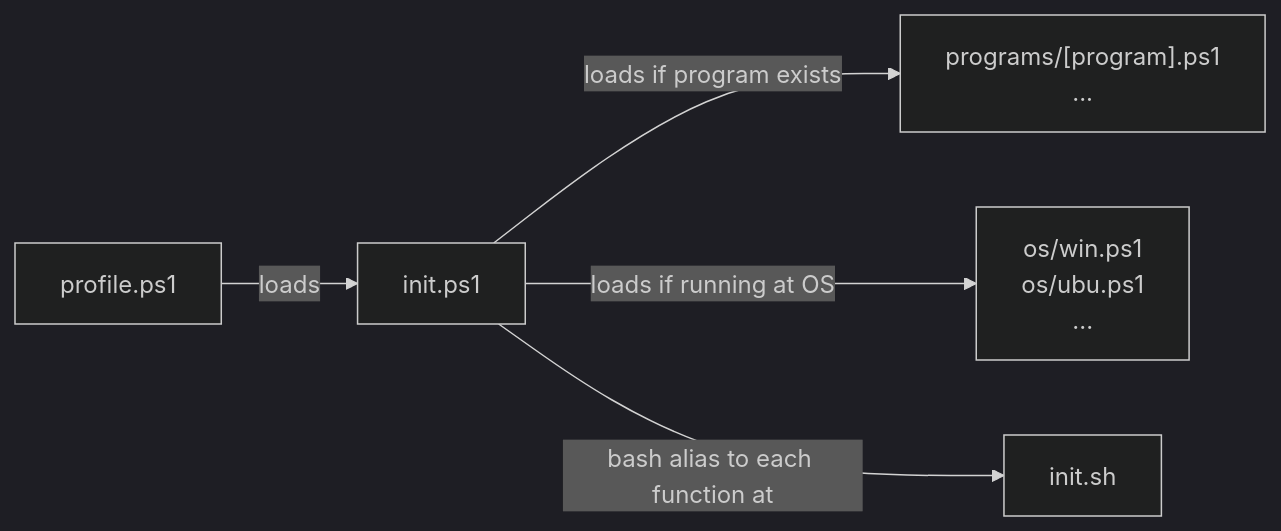
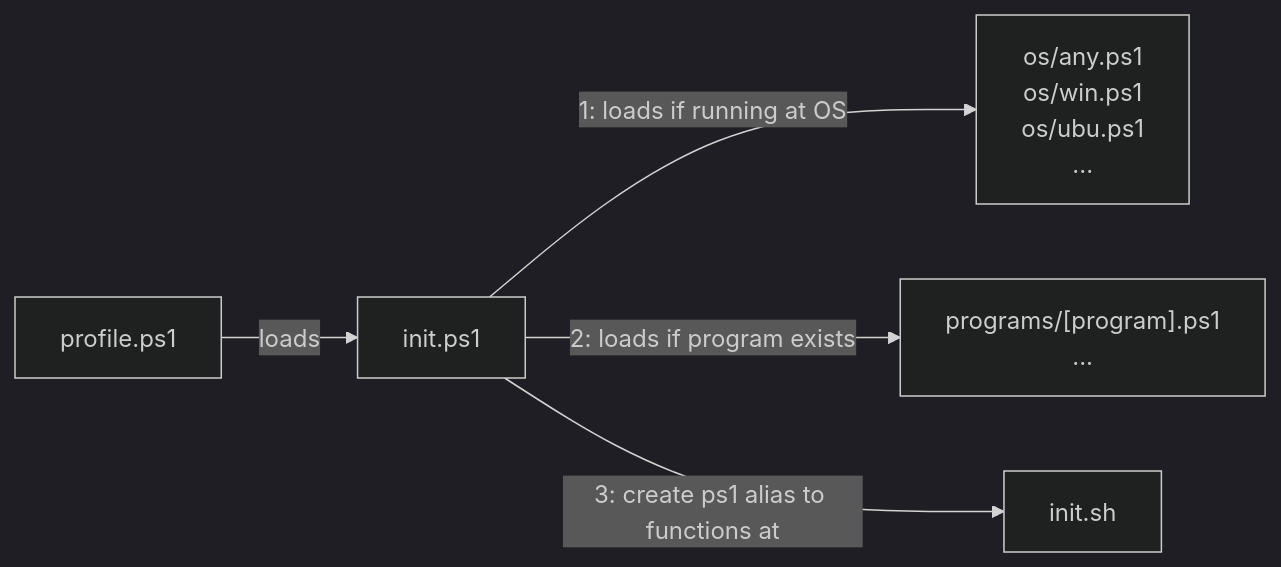
Before and after one commit to alanlivio/ps-sh-helpers: the second of 2 diagrams in README.md, drawn with Mermaid. The commit also changed other lines of this file, not shown here.

````diff
--- a/README.md
+++ b/README.md
@@ -29,21 +34,22 @@
 ```mermaid
 %%{init: {'theme':'dark'}}%%
 flowchart LR
     psprofile["profile.ps1"]
     ps-init["init.ps1"]
     sh-init["init.sh"]
     program-dependent["
         programs/[program].ps1
         ...
     "]
     OS-dependent["
+        os/any.ps1
         os/win.ps1
         os/ubu.ps1
         ...
     "]
 
     psprofile--> |"loads"| ps-init
-    ps-init --> |"loads if program exists"| program-dependent
-    ps-init --> |"loads if running at OS"| OS-dependent
-    ps-init --> |"bash alias to each function at"| sh-init
+    ps-init --> |"1: loads if running at OS"| OS-dependent
+    ps-init --> |"2: loads if program exists"| program-dependent
+    ps-init --> |"3: create ps1 alias to functions at"| sh-init
 ```
````
